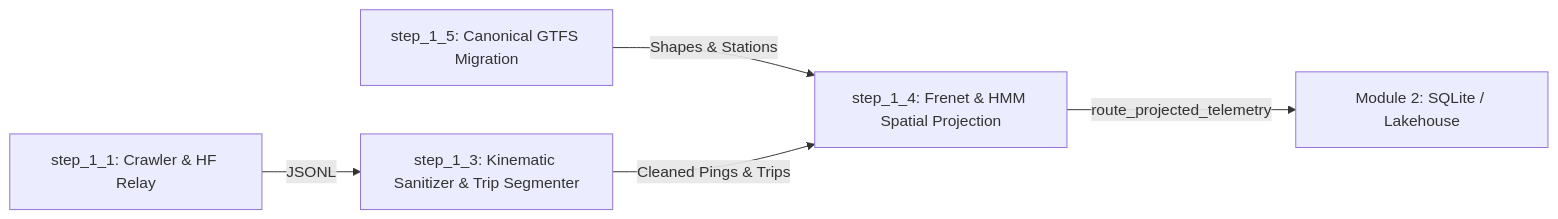
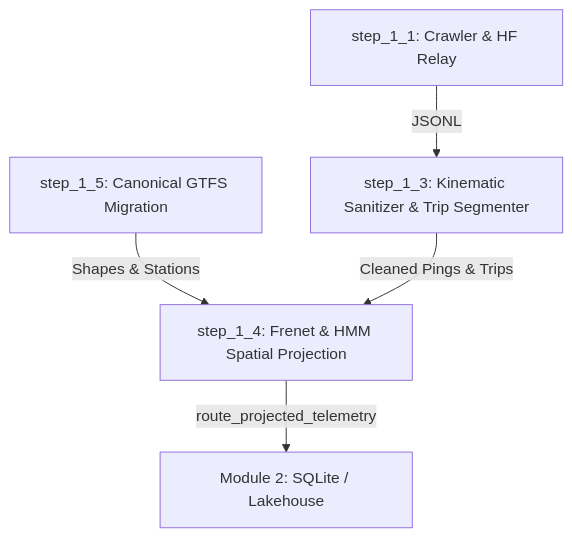
One commit to toibinguz/Bus_tracking changed the diagram in module_1_data_ingestion_and_preprocessing/README.md. Above: the diagram before and after it, drawn with Mermaid. The commit also changed 6 other files, not shown here.

Commit message:
docs: switch all Mermaid flowcharts from horizontal (LR) to vertical (TD)

````diff
--- a/module_1_data_ingestion_and_preprocessing/README.md
+++ b/module_1_data_ingestion_and_preprocessing/README.md
@@ -9,7 +9,7 @@
 ```mermaid
-flowchart LR
+flowchart TD
     S11["step_1_1: Crawler & HF Relay"] -->|"JSONL"| S13["step_1_3: Kinematic Sanitizer & Trip Segmenter"]
     S15["step_1_5: Canonical GTFS Migration"] -->|"Shapes & Stations"| S14["step_1_4: Frenet & HMM Spatial Projection"]
     S13 -->|"Cleaned Pings & Trips"| S14
     S14 -->|"route_projected_telemetry"| DB["Module 2: SQLite / Lakehouse"]
 ```
````
